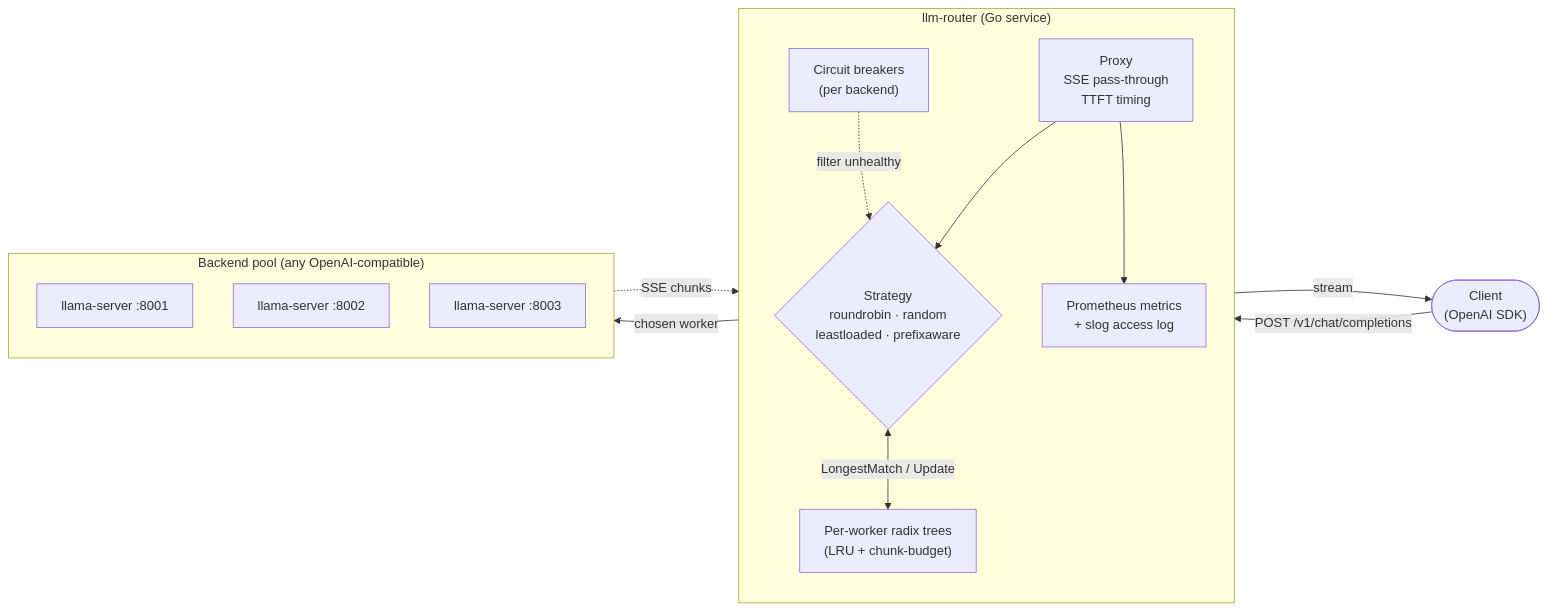
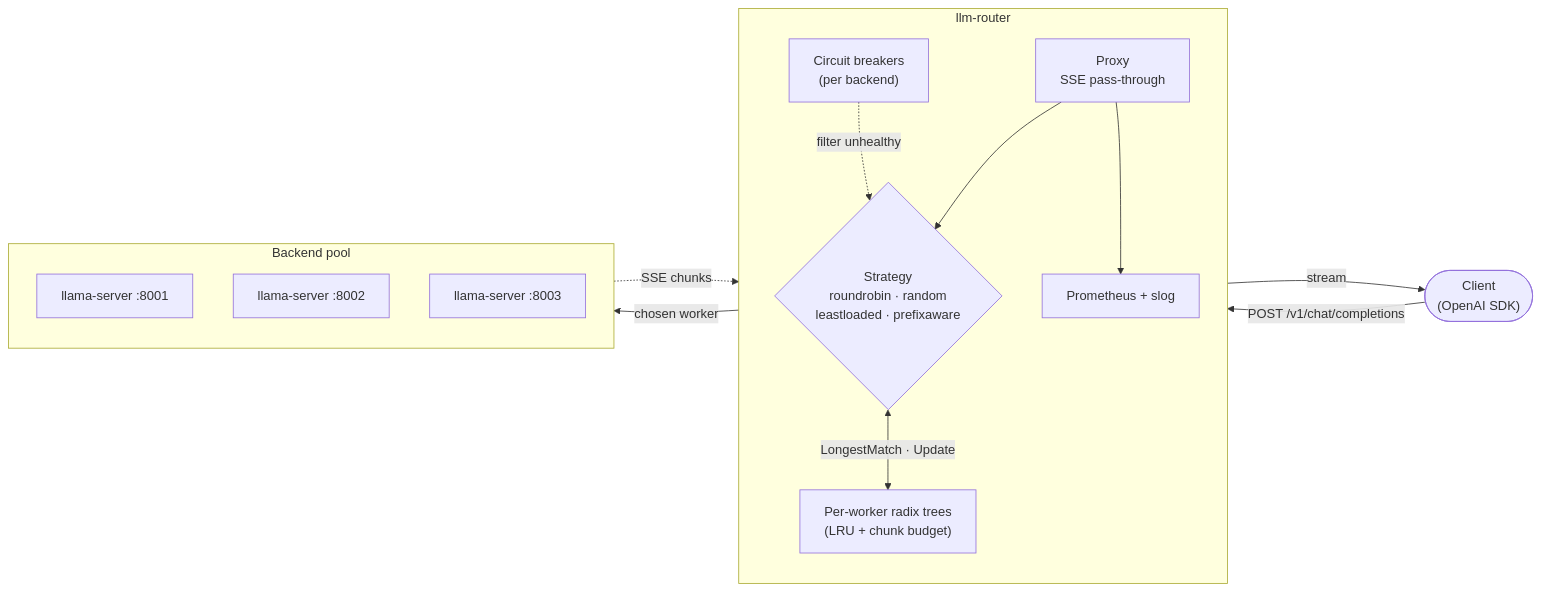
The first of 2 diagrams in README.md (zxuhan/llm-router), drawn with Mermaid before and after one commit. The commit also changed other lines of this file and 1 other file, not shown here.

````diff
--- a/README.md
+++ b/README.md
@@ -69,28 +95,28 @@
 ```mermaid
 flowchart LR
     C(["Client<br/>(OpenAI SDK)"])
 
-    subgraph Router["llm-router (Go service)"]
+    subgraph Router["llm-router"]
         direction TB
-        P["Proxy<br/>SSE pass-through<br/>TTFT timing"]
+        P["Proxy<br/>SSE pass-through"]
         S{"Strategy<br/>roundrobin · random<br/>leastloaded · prefixaware"}
-        T["Per-worker radix trees<br/>(LRU + chunk-budget)"]
+        T["Per-worker radix trees<br/>(LRU + chunk budget)"]
         H["Circuit breakers<br/>(per backend)"]
-        M["Prometheus metrics<br/>+ slog access log"]
+        M["Prometheus + slog"]
     end
 
-    subgraph Backends["Backend pool (any OpenAI-compatible)"]
+    subgraph Backends["Backend pool"]
         W0["llama-server :8001"]
         W1["llama-server :8002"]
         W2["llama-server :8003"]
     end
 
     C -- "POST /v1/chat/completions" --> P
     P --> S
-    S <-- "LongestMatch / Update" --> T
+    S <-- "LongestMatch · Update" --> T
     H -. "filter unhealthy" .-> S
     S -- "chosen worker" --> Backends
     Backends -. "SSE chunks" .-> P
     P -- "stream" --> C
     P --> M
 ```
````
